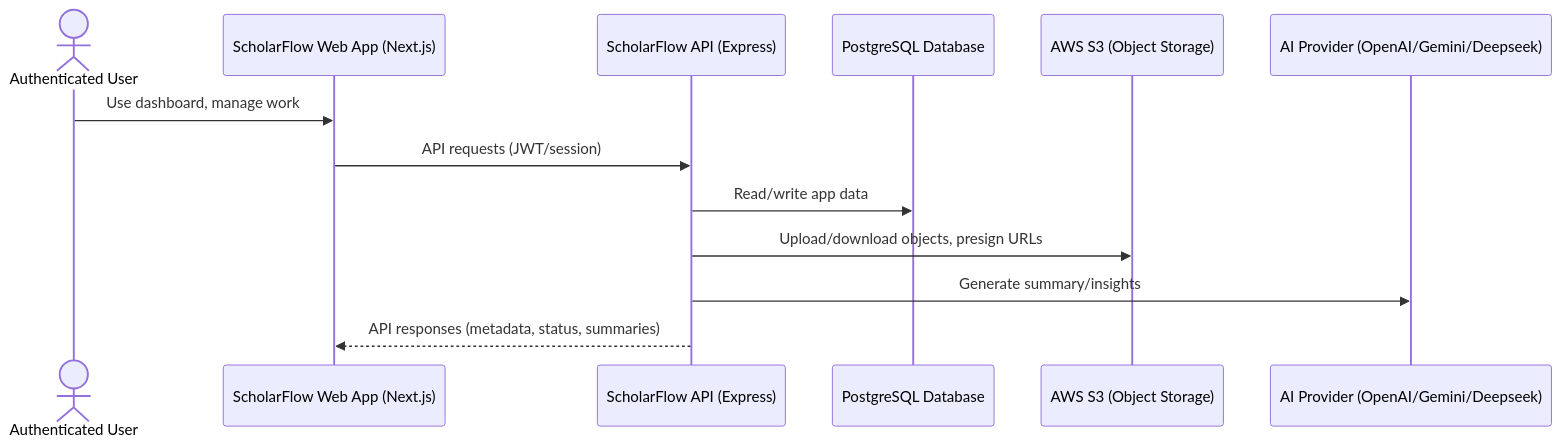
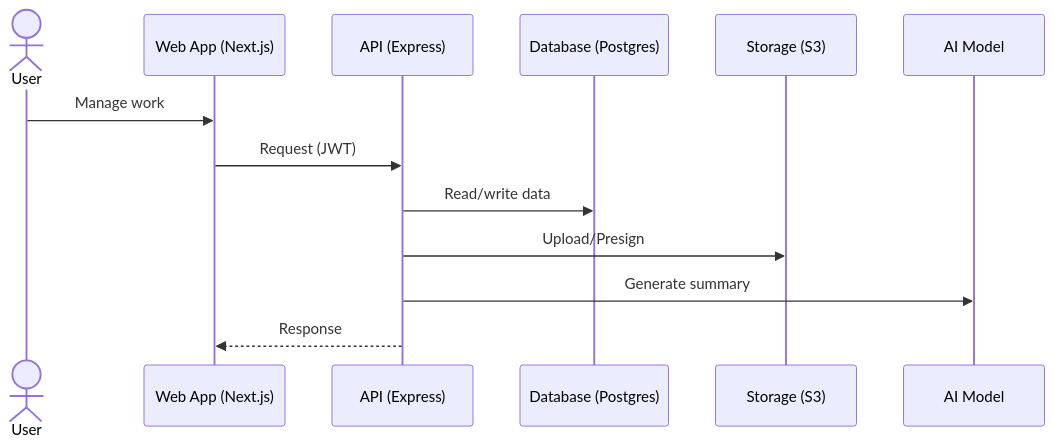
Before and after one commit to Atik203/Scholar-Flow: the third of 5 diagrams in docs/Chapter4-System-Design-Diagrams.md, drawn with Mermaid.

Commit message:
Refactor sequence diagram for user interactions to simplify labels and enhance clarity in system design documentation

````diff
--- a/docs/Chapter4-System-Design-Diagrams.md
+++ b/docs/Chapter4-System-Design-Diagrams.md
@@ -726,16 +726,16 @@
 ```mermaid
 sequenceDiagram
-  actor User as Authenticated User
-  participant Web as ScholarFlow Web App (Next.js)
-  participant API as ScholarFlow API (Express)
-  participant DB as PostgreSQL Database
-  participant S3 as AWS S3 (Object Storage)
-  participant AI as AI Provider (OpenAI/Gemini/Deepseek)
+  actor User
+  participant Web as Web App (Next.js)
+  participant API as API (Express)
+  participant DB as Database (Postgres)
+  participant S3 as Storage (S3)
+  participant AI as AI Model
 
-  User->>Web: Use dashboard, manage work
-  Web->>API: API requests (JWT/session)
-  API->>DB: Read/write app data
-  API->>S3: Upload/download objects, presign URLs
-  API->>AI: Generate summary/insights
-  API-->>Web: API responses (metadata, status, summaries)
+  User->>Web: Manage work
+  Web->>API: Request (JWT)
+  API->>DB: Read/write data
+  API->>S3: Upload/Presign
+  API->>AI: Generate summary
+  API-->>Web: Response
 ```
````
